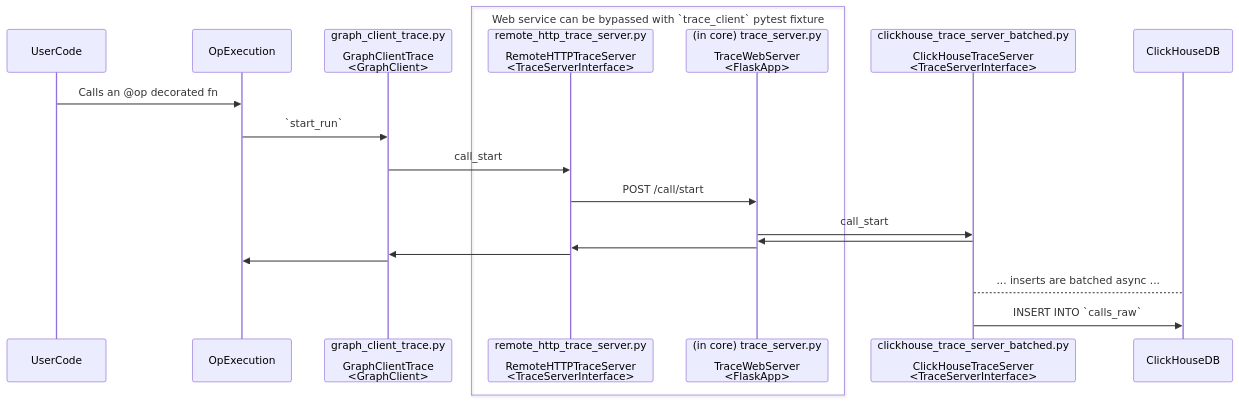
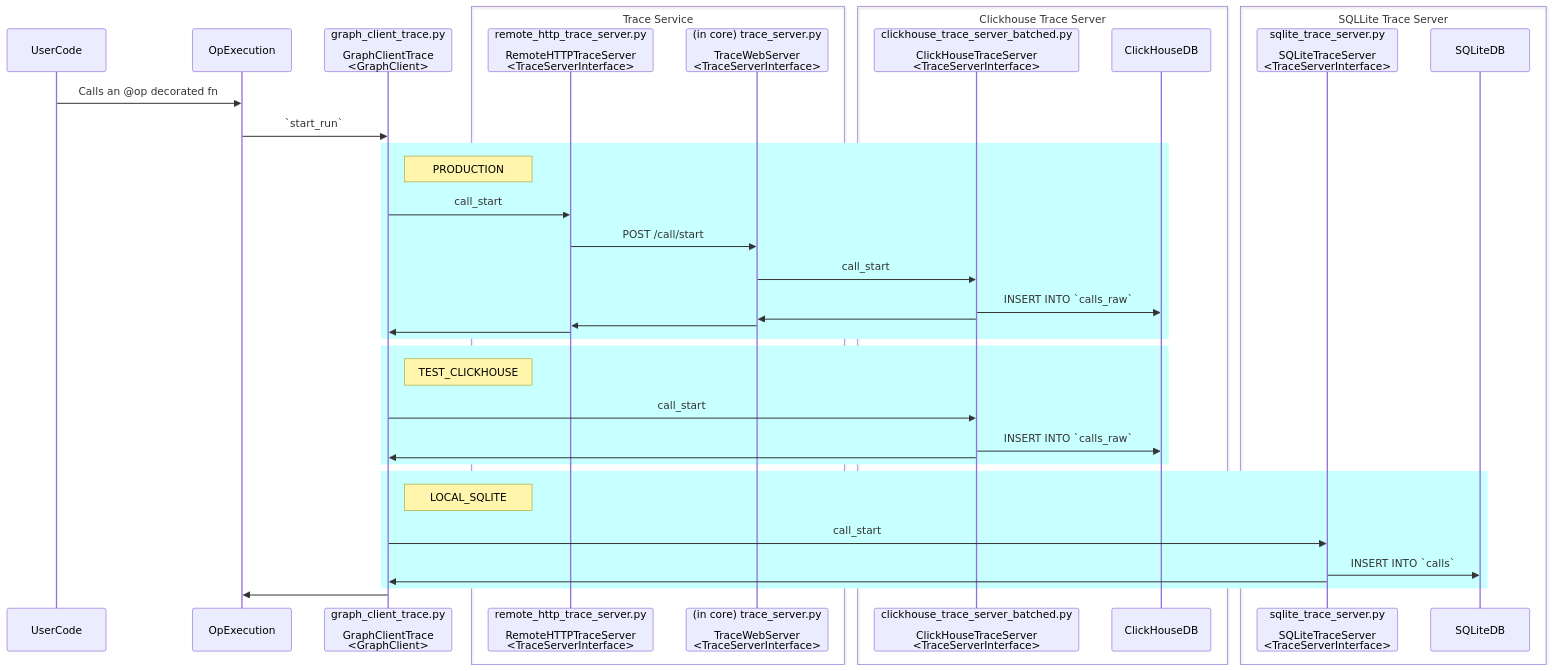
The diagram in weave/trace_server/README.md (wandb/weave), drawn with Mermaid before and after one commit. The commit also changed other lines of this file, not shown here.

Commit message:
comments on trace server

````diff
--- a/weave/trace_server/README.md
+++ b/weave/trace_server/README.md
@@ -5,25 +5,51 @@
 ```mermaid
 sequenceDiagram
     participant UserCode
     participant OpExecution
     participant GraphClient as graph_client_trace.py<br><br>GraphClientTrace<br><GraphClient>
-    box Web service can be bypassed with `trace_client` pytest fixture
+    box Trace Service
     participant RemoteHTTPTraceServer as remote_http_trace_server.py<br><br>RemoteHTTPTraceServer<br><TraceServerInterface>
-    participant TraceWebServer as (in core) trace_server.py<br><br>TraceWebServer<br><FlaskApp>
+    participant TraceWebServer as (in core) trace_server.py<br><br>TraceWebServer<br><TraceServerInterface>
     end
+    
+    box Clickhouse Trace Server
     participant ClickHouseTraceServer as clickhouse_trace_server_batched.py<br><br>ClickHouseTraceServer<br><TraceServerInterface>
     participant ClickHouseDB
+    end
+    
+    box SQLLite Trace Server
+    participant SQLiteTraceServer as sqlite_trace_server.py<br><br>SQLiteTraceServer<br><TraceServerInterface>
+    participant SQLiteDB
+    end
 
     UserCode->>OpExecution: Calls an @op decorated fn
     OpExecution->>GraphClient: `start_run`
+    
+    rect rgb(200, 255, 255) 
+    note right of GraphClient: PRODUCTION
     GraphClient->>RemoteHTTPTraceServer: call_start
     RemoteHTTPTraceServer->>TraceWebServer: POST /call/start
     TraceWebServer->>ClickHouseTraceServer: call_start
+    ClickHouseTraceServer->>ClickHouseDB: INSERT INTO `calls_raw`
     ClickHouseTraceServer->>TraceWebServer: 
     TraceWebServer->>RemoteHTTPTraceServer: 
     RemoteHTTPTraceServer->>GraphClient: 
+    end
+    
+    rect rgb(200, 255, 255) 
+    note right of GraphClient: TEST_CLICKHOUSE
+    GraphClient->>ClickHouseTraceServer: call_start
+    ClickHouseTraceServer->>ClickHouseDB: INSERT INTO `calls_raw`
+    ClickHouseTraceServer->>GraphClient: 
+    end
+    
+    rect rgb(200, 255, 255) 
+    note right of GraphClient: LOCAL_SQLITE
+    GraphClient->>SQLiteTraceServer: call_start
+    SQLiteTraceServer->>SQLiteDB: INSERT INTO `calls`
+    SQLiteTraceServer->>GraphClient: 
+    end
+    
+
     GraphClient->>OpExecution: 
-
-    ClickHouseTraceServer-->ClickHouseDB: ... inserts are batched async ...
-    ClickHouseTraceServer->>ClickHouseDB: INSERT INTO `calls_raw`
 ```
````
